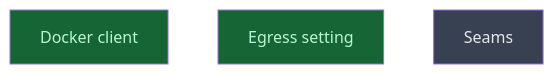
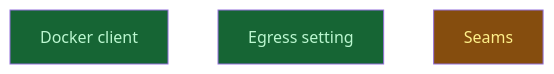
The diagram in __roadmap__/m5-container-isolation/client/README.md (CrackingShells/Candler), drawn with Mermaid before and after one commit. The commit also changed other lines of this file and 2 other files, not shown here.

Commit message:
rdm(isolation): close the M5a leaves and give M5b two more gates
container_create and plugin_environment are done; seams/ stays in
progress because guard_reuse and egress/ moved to M5b. M5b's live
smoke must run a plug-in environment through the product path, which
M5a's e2e builds by hand, and a created but unrecorded container must
be destroyed with A1.

````diff
--- a/__roadmap__/m5-container-isolation/client/README.md
+++ b/__roadmap__/m5-container-isolation/client/README.md
@@ -36,11 +36,11 @@
 ```mermaid
 graph TD
     docker_client[Docker client]:::done
     egress_setting[Egress setting]:::done
-    seams[Seams]:::planned
+    seams[Seams]:::inprogress
     classDef done       fill:#166534,color:#bbf7d0
     classDef inprogress fill:#854d0e,color:#fef08a
     classDef planned    fill:#374151,color:#e5e7eb
     classDef amendment  fill:#1e3a5f,color:#bfdbfe
     classDef blocked    fill:#7f1d1d,color:#fecaca
 ```
````
